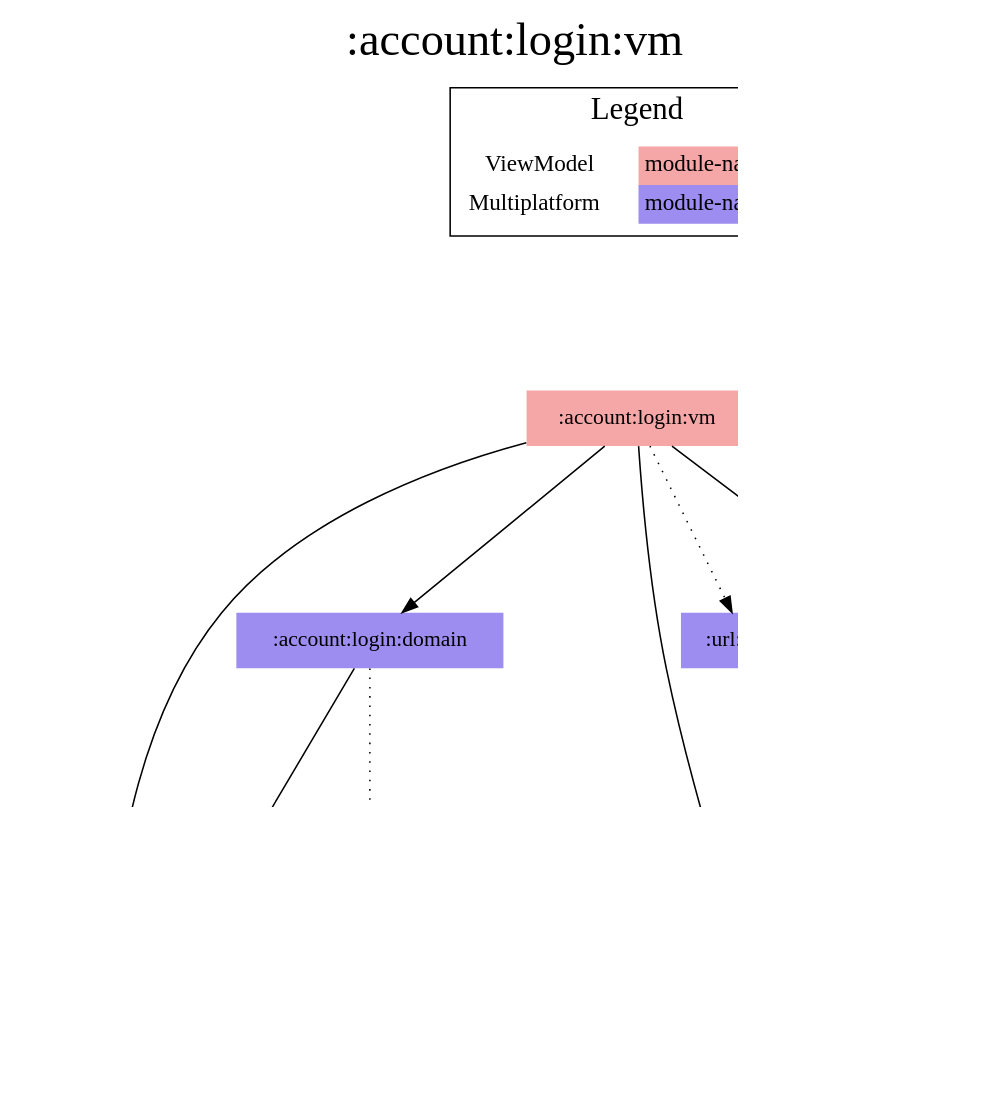
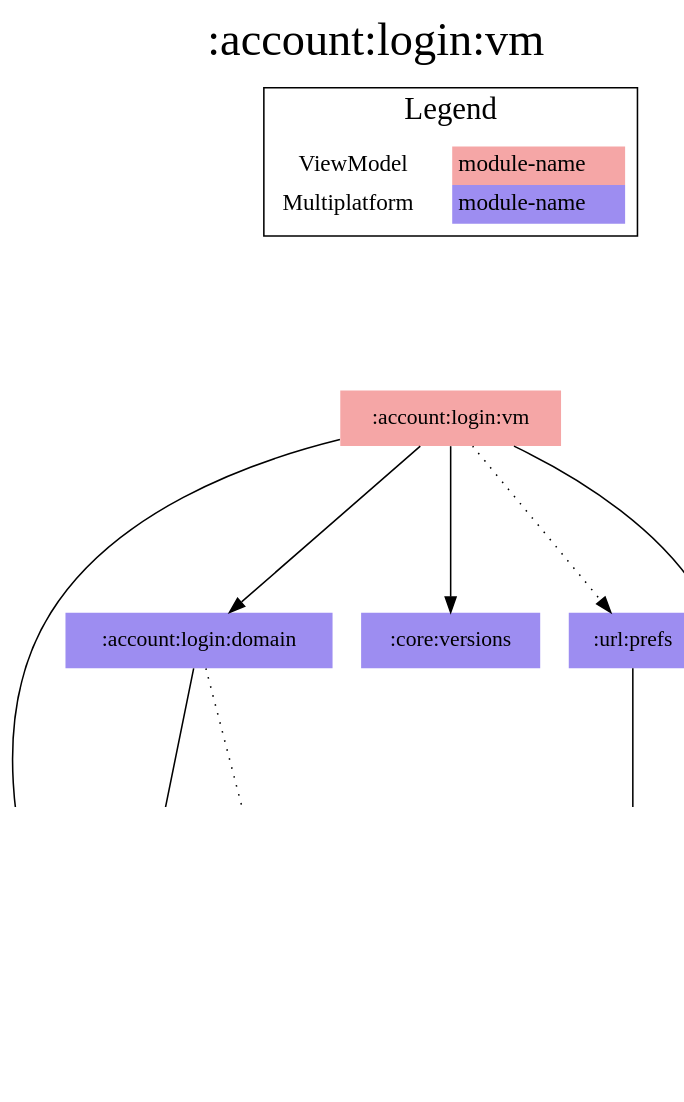
One commit to jonapoul/aktual changed the diagram in modules/account/login/vm/project-dependency-graph.dot. Above: the diagram before and after it, drawn with Graphviz. The commit also changed 133 other files, not shown here.

```diff
--- a/modules/account/login/vm/project-dependency-graph.dot
+++ b/modules/account/login/vm/project-dependency-graph.dot
@@ -1,40 +1,38 @@
 digraph {
 edge ["dir"="forward"]
 graph ["dpi"="100","label"=":account:login:vm","labelloc"="t","fontsize"="30","ranksep"="1.5","rankdir"="TB"]
 node ["style"="filled"]
+":account:login:domain" ["fillcolor"="#9D8DF1","shape"="none"]
 ":account:login:vm" ["fillcolor"="#F5A6A6","shape"="none"]
-":account:login:domain" ["fillcolor"="#9D8DF1","shape"="none"]
 ":account:model" ["fillcolor"="#9D8DF1","shape"="none"]
 ":api:actual" ["fillcolor"="#9D8DF1","shape"="none"]
 ":budget:model" ["fillcolor"="#9D8DF1","shape"="none"]
+":core:versions" ["fillcolor"="#9D8DF1","shape"="none"]
 ":url:model" ["fillcolor"="#9D8DF1","shape"="none"]
-":codegen:annotation" ["fillcolor"="#9D8DF1","shape"="none"]
-":core:versions" ["fillcolor"="#9D8DF1","shape"="none"]
 ":url:prefs" ["fillcolor"="#9D8DF1","shape"="none"]
 {
 edge ["dir"="none"]
 graph ["rank"="same"]
 }
 ":account:login:domain" -> ":account:model"
 ":account:login:domain" -> ":api:actual" ["style"="dotted"]
 ":account:login:vm" -> ":account:login:domain"
 ":account:login:vm" -> ":account:model"
 ":account:login:vm" -> ":core:versions"
 ":account:login:vm" -> ":url:model"
 ":account:login:vm" -> ":url:prefs" ["style"="dotted"]
 ":api:actual" -> ":account:model"
 ":api:actual" -> ":budget:model"
-":api:actual" -> ":codegen:annotation" ["style"="dotted"]
 ":api:actual" -> ":url:model"
 ":url:prefs" -> ":url:model"
 subgraph "cluster_legend" {
 edge ["dir"="none"]
 graph ["label"="Legend","fontsize"="20"]
 "Legend" ["style"="filled","fillcolor"="#FFFFFF","shape"="none","margin"="0","fontsize"="15","label"=<
 <TABLE BORDER="0" CELLBORDER="0" CELLSPACING="0" CELLPADDING="4">
 <TR><TD>ViewModel</TD><TD BGCOLOR="#F5A6A6">module-name</TD></TR>
 <TR><TD>Multiplatform</TD><TD BGCOLOR="#9D8DF1">module-name</TD></TR>
 </TABLE>
 >]
 } -> ":account:login:vm" ["style"="invis"]
 }
```
